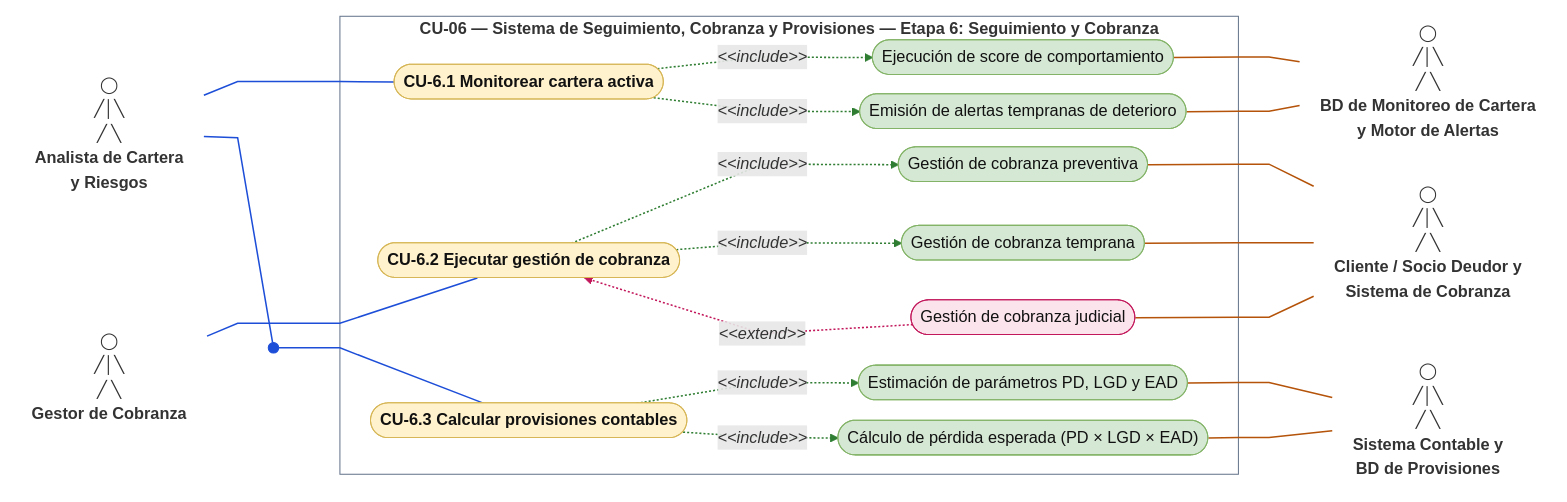
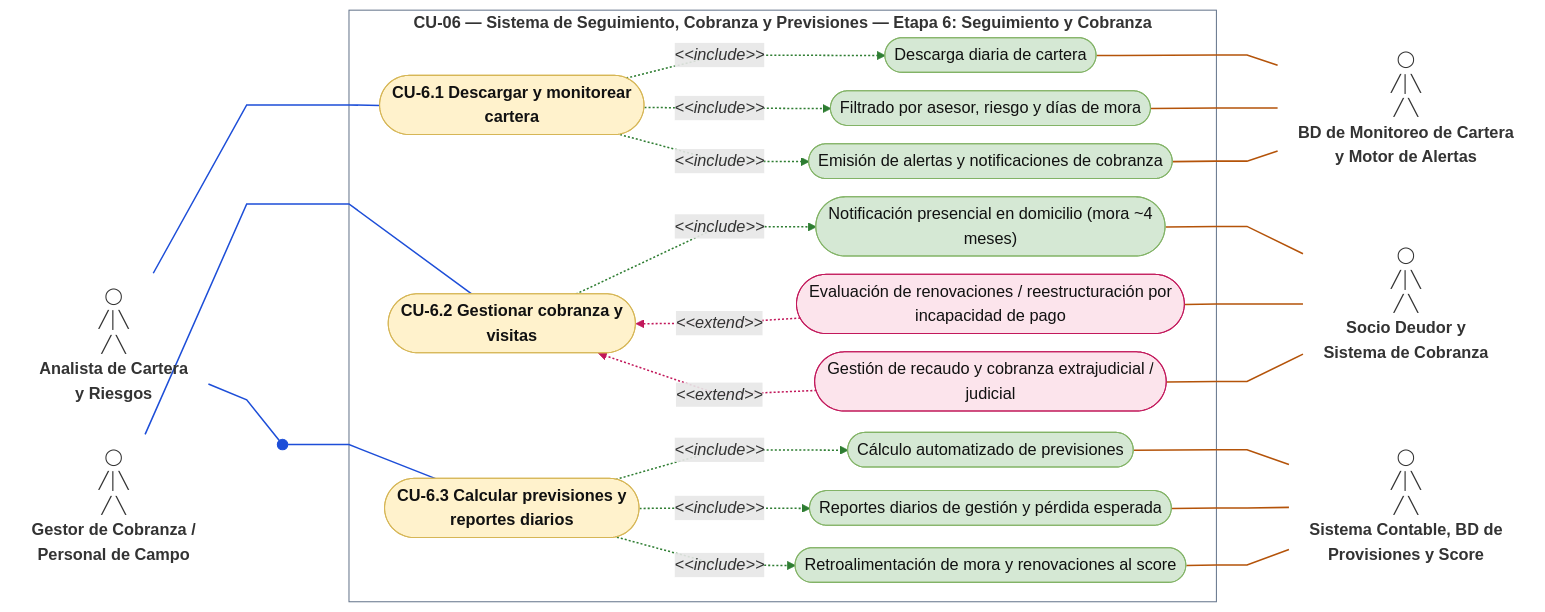
Before and after one commit to Antera-Labs/guidelines: the seventh of 22 diagrams in docs/DAS.md, drawn with Mermaid. The commit also changed other lines of this file and 4 other files, not shown here.

````diff
--- a/docs/DAS.md
+++ b/docs/DAS.md
@@ -984,67 +994,74 @@
 ```mermaid
 ---
 config:
   layout: dagre
   look: classic
   flowchart:
     curve: linear
     nodeSpacing: 18
     rankSpacing: 60
     padding: 10
     wrappingWidth: 500
 ---
 flowchart LR
   classDef base fill:#fff2cc,stroke:#d6b656,color:#111
   classDef inc fill:#d5e8d4,stroke:#82b366,color:#111
   classDef ext fill:#fce4ec,stroke:#c2185b,color:#111
   classDef actor fill:none,stroke:none
   classDef aux fill:none,stroke:none
   A1["◯<br/>╱│╲<br/>╱ ╲<br/><b>Analista de Cartera<br/>y Riesgos</b>"]:::actor
-  A2["◯<br/>╱│╲<br/>╱ ╲<br/><b>Gestor de Cobranza</b>"]:::actor
+  A2["◯<br/>╱│╲<br/>╱ ╲<br/><b>Gestor de Cobranza /<br/>Personal de Campo</b>"]:::actor
   X1(("<span style='font-size:1px'>&nbsp;</span>")):::aux
-  subgraph SYS["<b>CU-06 — Sistema de Seguimiento, Cobranza y Provisiones — Etapa 6: Seguimiento y Cobranza</b>"]
-    U1(["<b>CU-6.1 Monitorear cartera activa</b>"]):::base
-    U2(["<b>CU-6.2 Ejecutar gestión de cobranza</b>"]):::base
-    U3(["<b>CU-6.3 Calcular provisiones contables</b>"]):::base
-    U1S1(["Ejecución de score de comportamiento"]):::inc
-    U1S2(["Emisión de alertas tempranas de deterioro"]):::inc
-    U2S1(["Gestión de cobranza preventiva"]):::inc
-    U2S2(["Gestión de cobranza temprana"]):::inc
-    U2S3(["Gestión de cobranza judicial"]):::ext
-    U3S1(["Estimación de parámetros PD, LGD y EAD"]):::inc
-    U3S2(["Cálculo de pérdida esperada (PD × LGD × EAD)"]):::inc
+  subgraph SYS["<b>CU-06 — Sistema de Seguimiento, Cobranza y Previsiones — Etapa 6: Seguimiento y Cobranza</b>"]
+    U1(["<b>CU-6.1 Descargar y monitorear<br/>cartera</b>"]):::base
+    U2(["<b>CU-6.2 Gestionar cobranza y<br/>visitas</b>"]):::base
+    U3(["<b>CU-6.3 Calcular previsiones y<br/>reportes diarios</b>"]):::base
+    U1S1(["Descarga diaria de cartera"]):::inc
+    U1S2(["Filtrado por asesor, riesgo y días de mora"]):::inc
+    U1S3(["Emisión de alertas y notificaciones de cobranza"]):::inc
+    U2S1(["Notificación presencial en domicilio (mora ~4<br/>meses)"]):::inc
+    U2S2(["Evaluación de renovaciones / reestructuración por<br/>incapacidad de pago"]):::ext
+    U2S3(["Gestión de recaudo y cobranza extrajudicial /<br/>judicial"]):::ext
+    U3S1(["Cálculo automatizado de previsiones"]):::inc
+    U3S2(["Reportes diarios de gestión y pérdida esperada"]):::inc
+    U3S3(["Retroalimentación de mora y renovaciones al score"]):::inc
   end
   M1["◯<br/>╱│╲<br/>╱ ╲<br/><b>BD de Monitoreo de Cartera<br/>y Motor de Alertas</b>"]:::actor
-  M2["◯<br/>╱│╲<br/>╱ ╲<br/><b>Cliente / Socio Deudor y<br/>Sistema de Cobranza</b>"]:::actor
-  M3["◯<br/>╱│╲<br/>╱ ╲<br/><b>Sistema Contable y<br/>BD de Provisiones</b>"]:::actor
+  M2["◯<br/>╱│╲<br/>╱ ╲<br/><b>Socio Deudor y<br/>Sistema de Cobranza</b>"]:::actor
+  M3["◯<br/>╱│╲<br/>╱ ╲<br/><b>Sistema Contable, BD de<br/>Provisiones y Score</b>"]:::actor
   A1 --- U1
   A2 --- U2
   A1 --- X1
   X1 --- U3
   A2 ~~~ X1
   A2 ~~~ X1
   U1 -.->|"<i>&lt;&lt;include&gt;&gt;</i>"| U1S1
   U1 -.->|"<i>&lt;&lt;include&gt;&gt;</i>"| U1S2
+  U1 -.->|"<i>&lt;&lt;include&gt;&gt;</i>"| U1S3
   U2 -.->|"<i>&lt;&lt;include&gt;&gt;</i>"| U2S1
-  U2 -.->|"<i>&lt;&lt;include&gt;&gt;</i>"| U2S2
+  U2 ~~~ U2S2
+  U2S2 -.->|"<i>&lt;&lt;extend&gt;&gt;</i>"| U2
   U2 ~~~ U2S3
   U2S3 -.->|"<i>&lt;&lt;extend&gt;&gt;</i>"| U2
   U3 -.->|"<i>&lt;&lt;include&gt;&gt;</i>"| U3S1
   U3 -.->|"<i>&lt;&lt;include&gt;&gt;</i>"| U3S2
+  U3 -.->|"<i>&lt;&lt;include&gt;&gt;</i>"| U3S3
   A1 ~~~ U2
   A2 ~~~ U3
   A2 ~~~ U3
   U1S1 --- M1
   U1S2 --- M1
+  U1S3 --- M1
   U2S1 --- M2
   U2S2 --- M2
   U2S3 --- M2
   U3S1 --- M3
   U3S2 --- M3
+  U3S3 --- M3
   linkStyle 0,1,2,3 stroke:#1d4ed8,stroke-width:1.5px
-  linkStyle 6,7,8,9,12,13 stroke:#2e7d32,stroke-width:1.5px
-  linkStyle 11 stroke:#c2185b,stroke-width:1.5px
-  linkStyle 17,18,19,20,21,22,23 stroke:#b45309,stroke-width:1.5px
+  linkStyle 6,7,8,9,14,15,16 stroke:#2e7d32,stroke-width:1.5px
+  linkStyle 11,13 stroke:#c2185b,stroke-width:1.5px
+  linkStyle 20,21,22,23,24,25,26,27,28 stroke:#b45309,stroke-width:1.5px
   style SYS fill:transparent,stroke:#64748b
   style X1 fill:#1d4ed8,stroke:#1d4ed8
 ```
````
